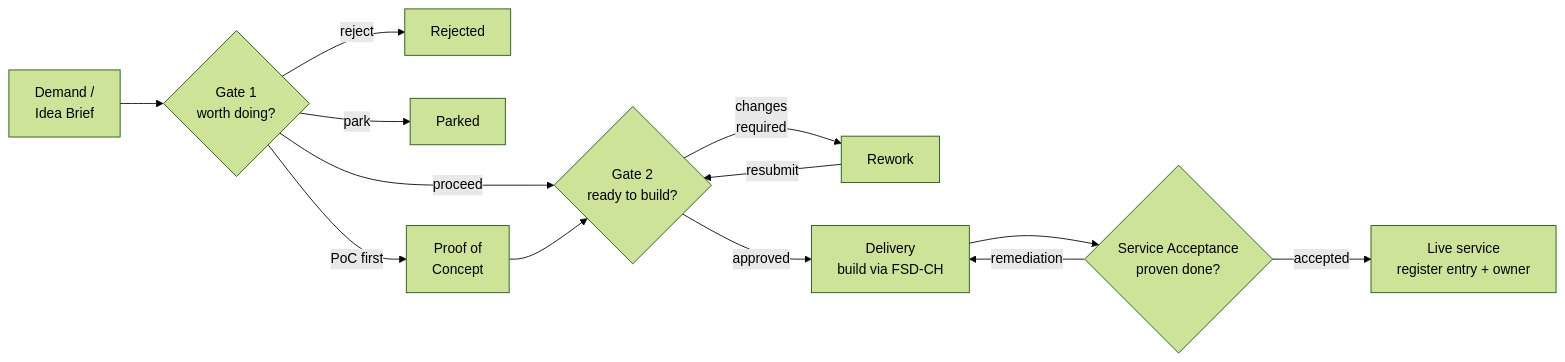
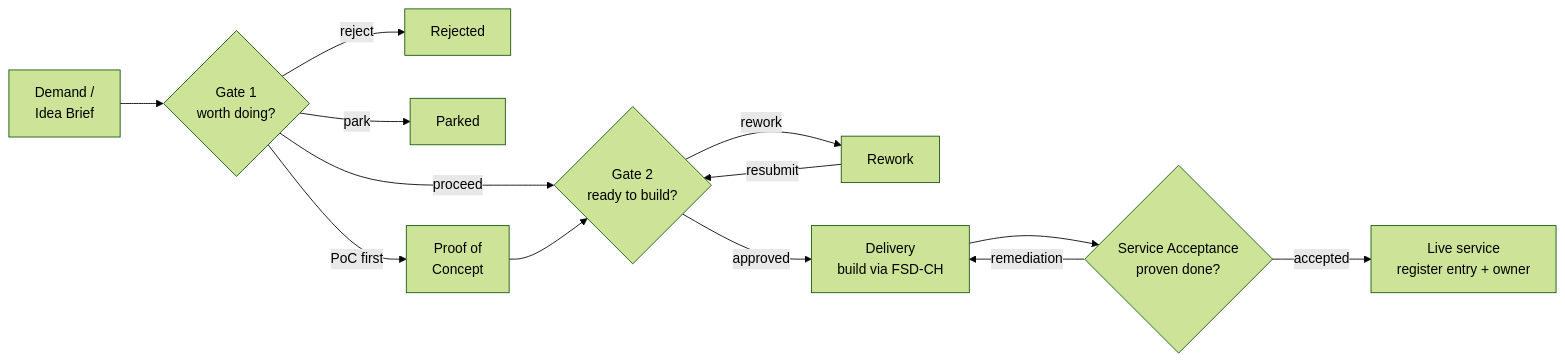
One commit to tfindley/keystone changed the diagram in capabilities/solution-development/FSD-PRO — Solution Development Process.md. Above: the diagram before and after it, drawn with Mermaid (forest theme). The commit also changed other lines of this file and 21 other files, not shown here.

````diff
--- a/capabilities/solution-development/FSD-PRO — Solution Development Process.md
+++ b/capabilities/solution-development/FSD-PRO — Solution Development Process.md
@@ -85,15 +88,15 @@
 ```mermaid
 flowchart LR
     Demand["Demand /<br/>Idea Brief"] --> G1{"Gate 1<br/>worth doing?"}
     G1 -->|reject| Rej["Rejected"]
     G1 -->|park| Park["Parked"]
     G1 -->|PoC first| PoC["Proof of<br/>Concept"]
     G1 -->|proceed| G2{"Gate 2<br/>ready to build?"}
     Rework -->|resubmit| G2
     PoC --> G2
-    G2 -->|changes<br/>required| Rework
+    G2 -->|rework| Rework
     G2 -->|approved| Del["Delivery<br/>build via FSD-CH"]
     Del --> SA{"Service Acceptance<br/>proven done?"}
     SA -->|remediation| Del
     SA -->|accepted| Live["Live service<br/>register entry + owner"]
 ```
````
